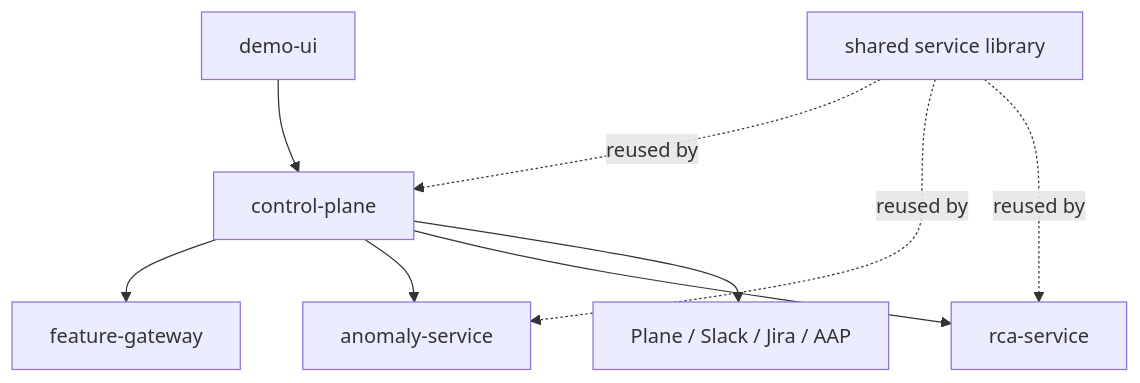
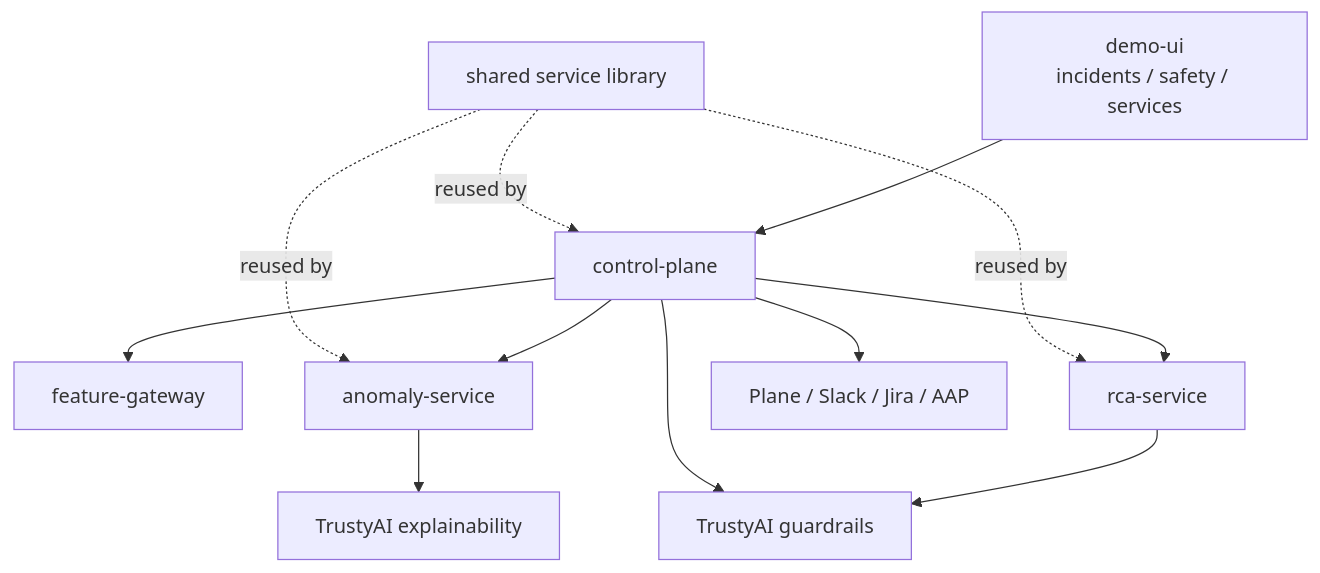
One commit to rh-telco-tigers/Autonomous-Network-Intelligence-Anomaly-Detection-with-Red-Hat-OpenShift-AI changed the diagram in docs/architecture/phase-06-overview-custom-services.md. Above: the diagram before and after it, drawn with Mermaid. The commit also changed other lines of this file and 4 other files, not shown here.

Commit message:
Update phase docs for TrustyAI flows

````diff
--- a/docs/architecture/phase-06-overview-custom-services.md
+++ b/docs/architecture/phase-06-overview-custom-services.md
@@ -21,11 +23,14 @@
 ```mermaid
 flowchart TD
-  UI["demo-ui"] --> CP["control-plane"]
+  UI["demo-ui<br/>incidents / safety / services"] --> CP["control-plane"]
   CP --> FG["feature-gateway"]
   CP --> AN["anomaly-service"]
   CP --> RCA["rca-service"]
+  AN --> Expl["TrustyAI explainability"]
+  RCA --> Guard["TrustyAI guardrails"]
+  CP --> Guard
   CP --> Integrations["Plane / Slack / Jira / AAP"]
   Shared["shared service library"] -. reused by .-> CP
   Shared -. reused by .-> AN
   Shared -. reused by .-> RCA
 ```
````
